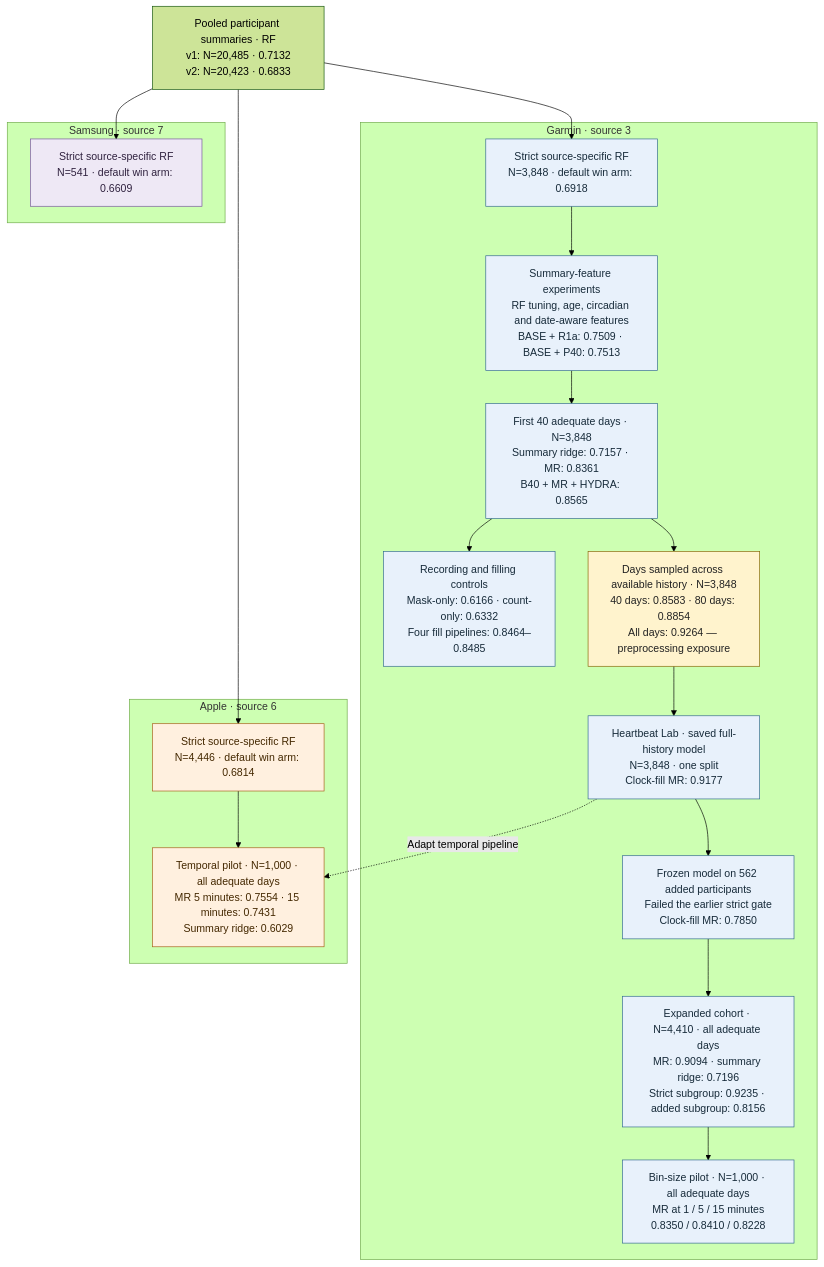
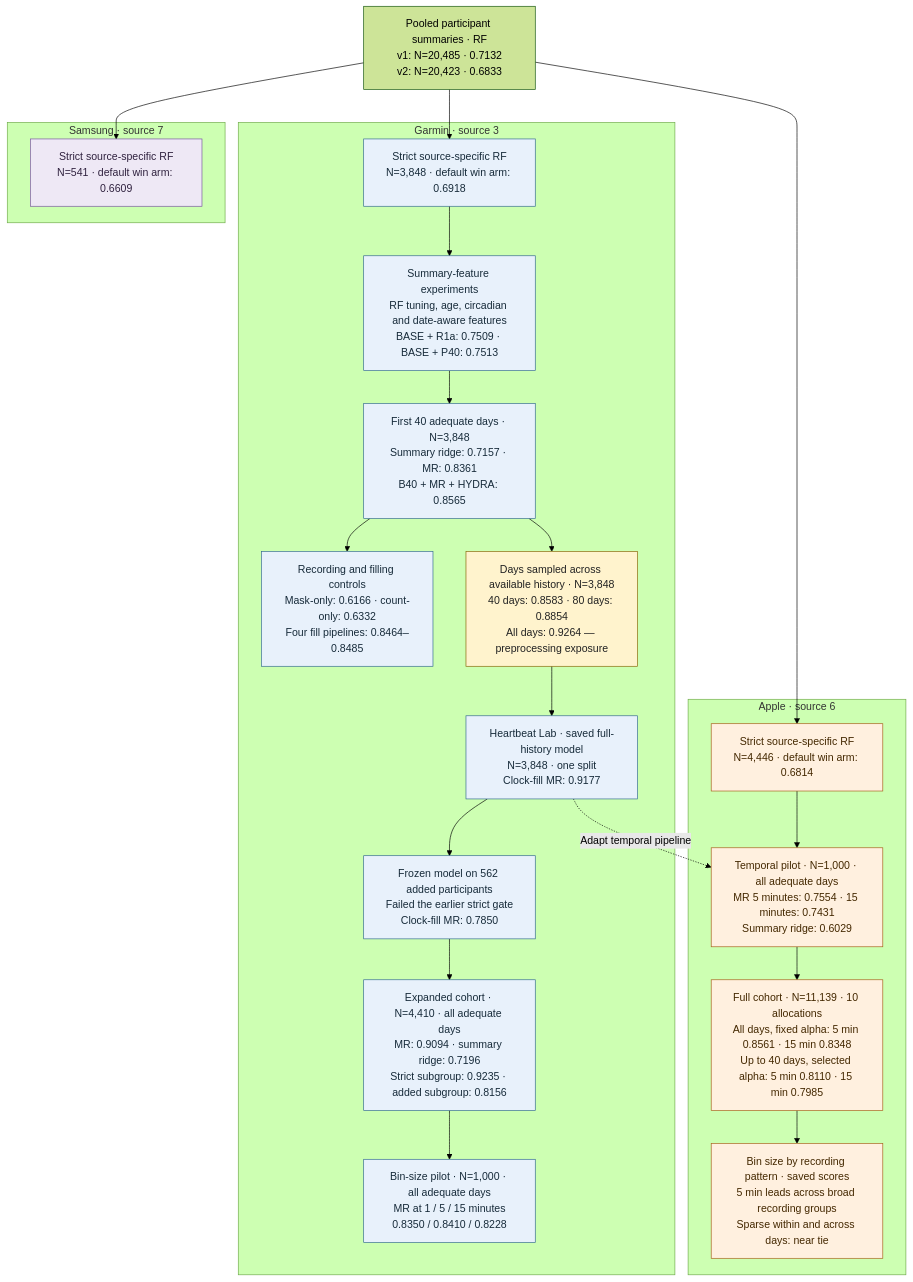
The diagram in README.md (mol2people/imputation), drawn with Mermaid (forest theme) before and after one commit. The commit also changed other lines of this file and 23 other files, not shown here.

Commit message:
Add full Apple benchmark and recording-pattern comparisons

````diff
--- a/README.md
+++ b/README.md
@@ -23,43 +23,45 @@
 ```mermaid
 flowchart TD
     P["Pooled participant summaries · RF<br/>v1: N=20,485 · 0.7132<br/>v2: N=20,423 · 0.6833"]
 
     subgraph GARMIN["Garmin · source 3"]
         G["Strict source-specific RF<br/>N=3,848 · default win arm: 0.6918"]
         F["Summary-feature experiments<br/>RF tuning, age, circadian and date-aware features<br/>BASE + R1a: 0.7509 · BASE + P40: 0.7513"]
         T["First 40 adequate days · N=3,848<br/>Summary ridge: 0.7157 · MR: 0.8361<br/>B40 + MR + HYDRA: 0.8565"]
         C["Recording and filling controls<br/>Mask-only: 0.6166 · count-only: 0.6332<br/>Four fill pipelines: 0.8464–0.8485"]
         D["Days sampled across available history · N=3,848<br/>40 days: 0.8583 · 80 days: 0.8854<br/>All days: 0.9264 — preprocessing exposure"]
         L["Heartbeat Lab · saved full-history model<br/>N=3,848 · one split<br/>Clock-fill MR: 0.9177"]
         X["Frozen model on 562 added participants<br/>Failed the earlier strict gate<br/>Clock-fill MR: 0.7850"]
         E["Expanded cohort · N=4,410 · all adequate days<br/>MR: 0.9094 · summary ridge: 0.7196<br/>Strict subgroup: 0.9235 · added subgroup: 0.8156"]
         B["Bin-size pilot · N=1,000 · all adequate days<br/>MR at 1 / 5 / 15 minutes<br/>0.8350 / 0.8410 / 0.8228"]
         G --> F --> T
         T --> C
         T --> D --> L --> X --> E --> B
     end
 
     subgraph APPLE["Apple · source 6"]
         A["Strict source-specific RF<br/>N=4,446 · default win arm: 0.6814"]
         AP["Temporal pilot · N=1,000 · all adequate days<br/>MR 5 minutes: 0.7554 · 15 minutes: 0.7431<br/>Summary ridge: 0.6029"]
-        A --> AP
+        AF["Full cohort · N=11,139 · 10 allocations<br/>All days, fixed alpha: 5 min 0.8561 · 15 min 0.8348<br/>Up to 40 days, selected alpha: 5 min 0.8110 · 15 min 0.7985"]
+        AR["Bin size by recording pattern · saved scores<br/>5 min leads across broad recording groups<br/>Sparse within and across days: near tie"]
+        A --> AP --> AF --> AR
     end
 
     subgraph SAMSUNG["Samsung · source 7"]
         S["Strict source-specific RF<br/>N=541 · default win arm: 0.6609"]
     end
 
     P --> G
     P --> A
     P --> S
     L -.->|"Adapt temporal pipeline"| AP
 
     classDef garmin fill:#e8f1fb,stroke:#31688e,color:#172b3a;
     classDef apple fill:#fff0df,stroke:#a65e18,color:#442800;
     classDef samsung fill:#eee8f5,stroke:#75549b,color:#30223f;
     classDef issue fill:#fff3cd,stroke:#856404,color:#222;
     class G,F,T,C,L,X,E,B garmin;
-    class A,AP apple;
+    class A,AP,AF,AR apple;
     class S samsung;
     class D issue;
 ```
````
